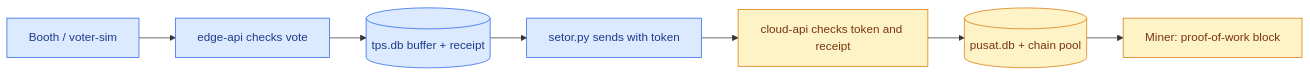
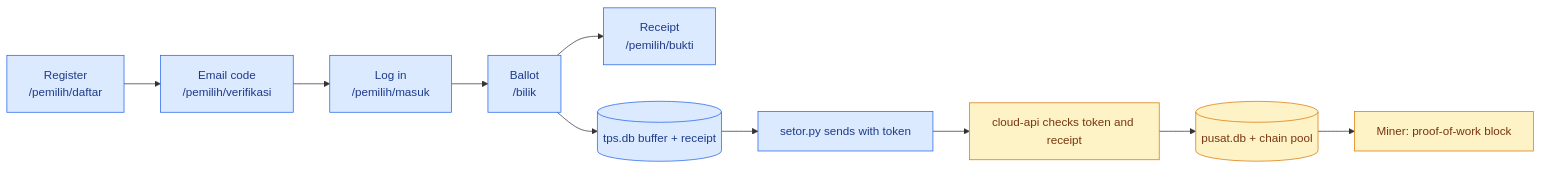
The diagram in README.md (DrBham/Blockchain--SKT-Voting-Presma), drawn with Mermaid before and after one commit. The commit also changed other lines of this file and 3 other files, not shown here.

````diff
--- a/README.md
+++ b/README.md
@@ -46,13 +52,16 @@
 ```mermaid
 flowchart LR
-    A[Booth / voter-sim] --> B[edge-api checks vote]
+    R[Register<br>/pemilih/daftar] --> V[Email code<br>/pemilih/verifikasi]
+    V --> L[Log in<br>/pemilih/masuk]
+    L --> B[Ballot<br>/bilik]
+    B --> K[Receipt<br>/pemilih/bukti]
     B --> C[(tps.db buffer + receipt)]
     C --> D[setor.py sends with token]
     D --> E[cloud-api checks token and receipt]
     E --> F[(pusat.db + chain pool)]
     F --> G[Miner: proof-of-work block]
     classDef a fill:#DBEAFE,stroke:#2563EB,color:#1E3A8A
     classDef b fill:#FEF3C7,stroke:#D97706,color:#78350F
-    class A,B,C,D a
+    class R,V,L,B,K,C,D a
     class E,F,G b
 ```
````
